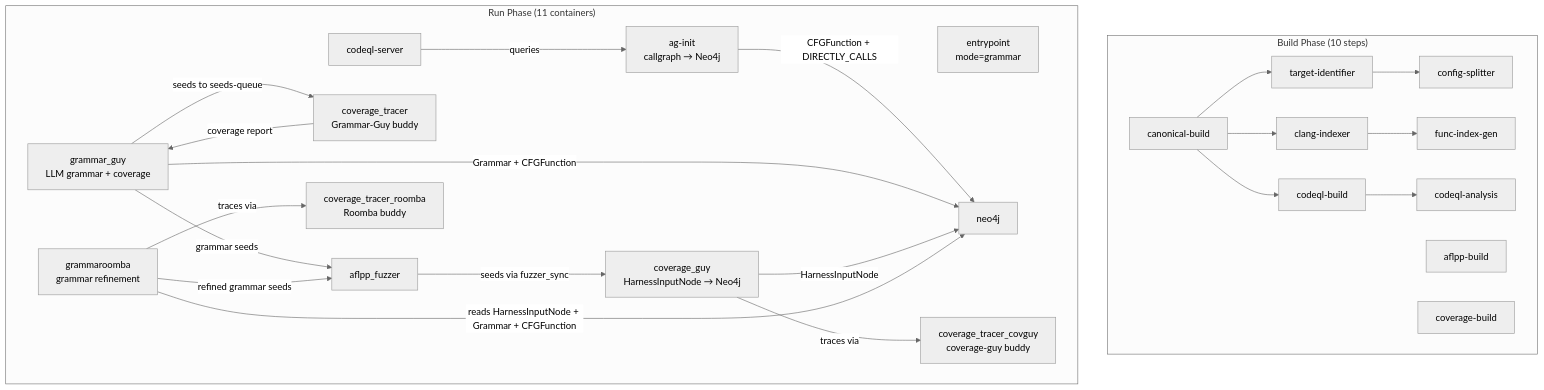
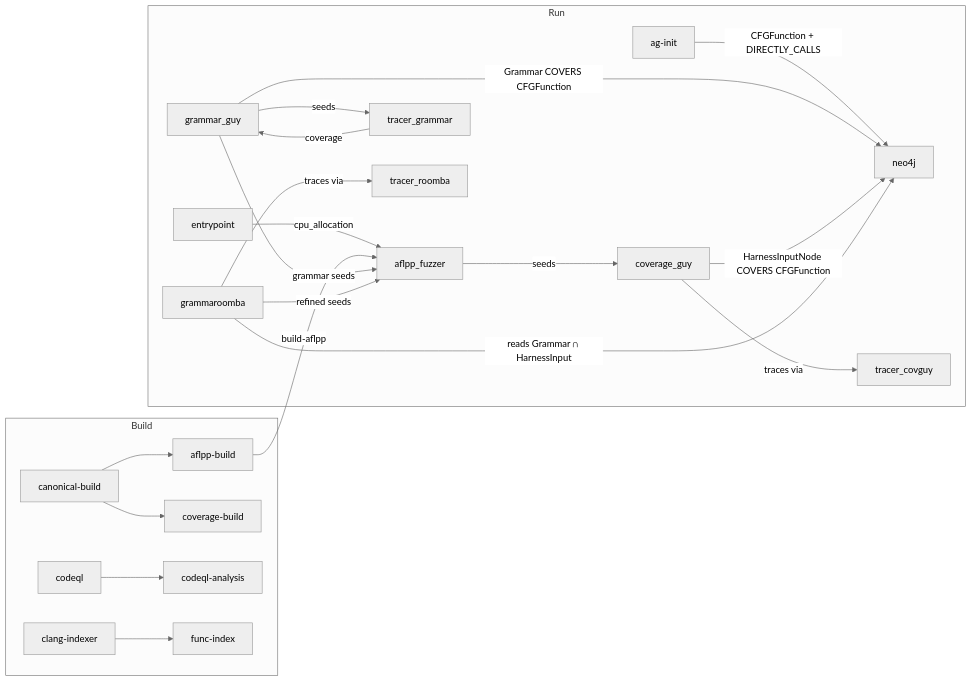
Before and after one commit to Team-Atlanta/shellphish-oss-crs: the diagram in docs/crs-shellphish-grammar.md, drawn with Mermaid (neutral theme). The commit also changed other lines of this file and 3 other files, not shown here.

````diff
--- a/docs/crs-shellphish-grammar.md
+++ b/docs/crs-shellphish-grammar.md
@@ -11,43 +9,29 @@
 ```mermaid
-graph TD
-    subgraph "Build Phase (10 steps)"
-        CB[canonical-build] --> TI[target-identifier]
-        CB --> CI[clang-indexer]
-        CB --> CQL[codeql-build]
-        AB[aflpp-build]
-        COV[coverage-build]
-        TI --> CS[config-splitter]
-        CI --> FI[func-index-gen]
-        CQL --> CQA[codeql-analysis]
+graph LR
+    subgraph Build
+        CB[canonical-build] --> AB[aflpp-build]
+        CB --> COV[coverage-build]
+        CQL[codeql] --> CQA[codeql-analysis]
+        CI[clang-indexer] --> FI[func-index]
     end
 
-    subgraph "Run Phase (11 containers)"
-        EP[entrypoint<br/>mode=grammar]
-        NEO[neo4j]
-        CQLS[codeql-server]
-        AGI[ag-init<br/>callgraph → Neo4j]
-        AFL[aflpp_fuzzer]
-        CT[coverage_tracer<br/>Grammar-Guy buddy]
-        CTR[coverage_tracer_roomba<br/>Roomba buddy]
-        CTC[coverage_tracer_covguy<br/>coverage-guy buddy]
-        CG[coverage_guy<br/>HarnessInputNode → Neo4j]
-        GG[grammar_guy<br/>LLM grammar + coverage]
-        GR[grammaroomba<br/>grammar refinement]
+    subgraph Run
+        EP[entrypoint] -->|cpu_allocation| AFL[aflpp_fuzzer]
+        AB -->|build-aflpp| AFL
 
-        CQLS -->|queries| AGI
-        AGI -->|CFGFunction + DIRECTLY_CALLS| NEO
+        AGI[ag-init] -->|CFGFunction + DIRECTLY_CALLS| NEO[neo4j]
 
-        GG -->|seeds to seeds-queue| CT
-        CT -->|coverage report| GG
-        GG -->|Grammar + CFGFunction| NEO
+        GG[grammar_guy] -->|seeds| CT_GG[tracer_grammar]
+        CT_GG -->|coverage| GG
+        GG -->|Grammar COVERS CFGFunction| NEO
         GG -->|grammar seeds| AFL
 
-        AFL -->|seeds via fuzzer_sync| CG
-        CG -->|traces via| CTC
-        CG -->|HarnessInputNode| NEO
+        AFL -->|seeds| CG[coverage_guy]
+        CG -->|traces via| CT_CG[tracer_covguy]
+        CG -->|HarnessInputNode COVERS CFGFunction| NEO
 
-        GR -->|reads HarnessInputNode + Grammar + CFGFunction| NEO
-        GR -->|traces via| CTR
-        GR -->|refined grammar seeds| AFL
+        GR[grammaroomba] -->|reads Grammar ∩ HarnessInput| NEO
+        GR -->|traces via| CT_GR[tracer_roomba]
+        GR -->|refined seeds| AFL
     end
 ```
````
